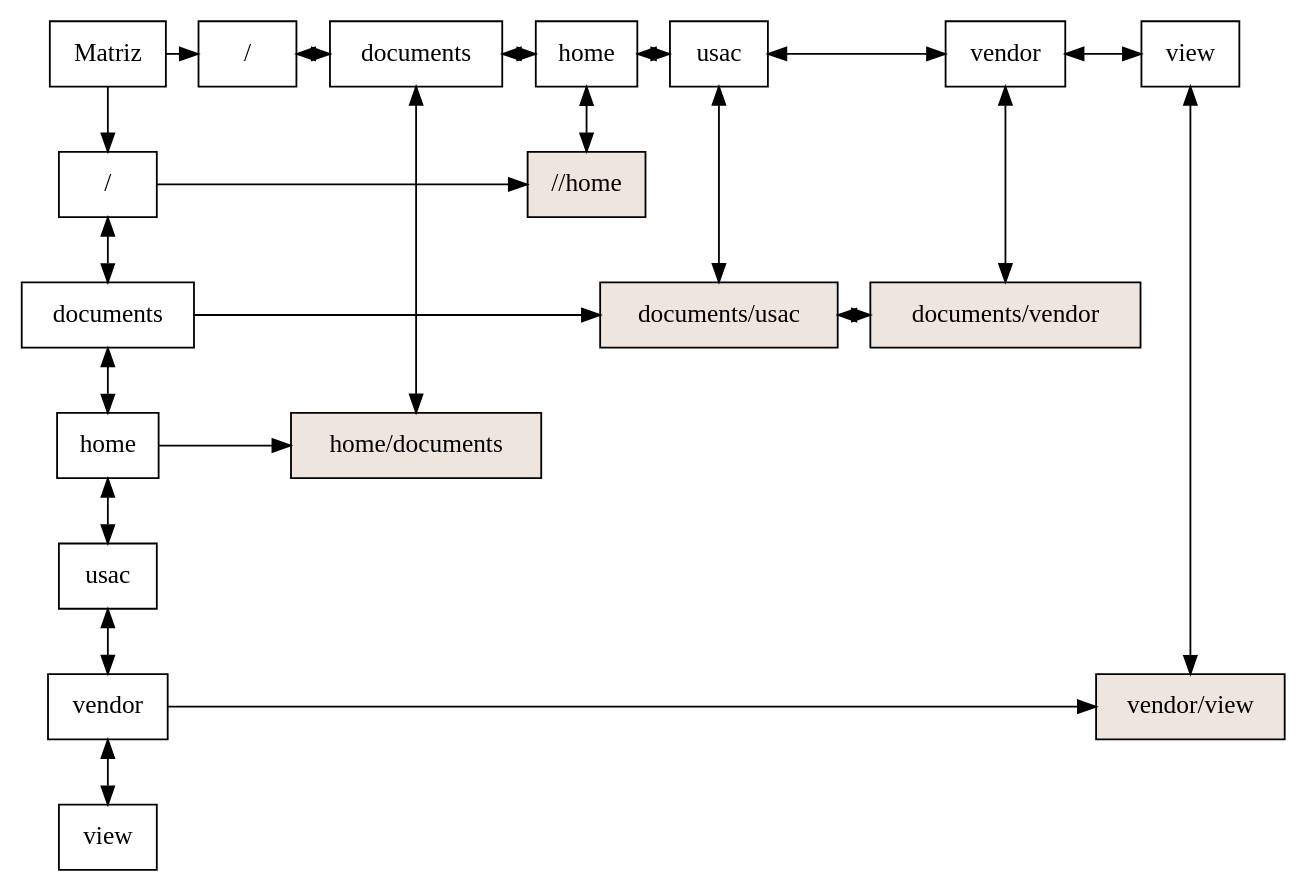
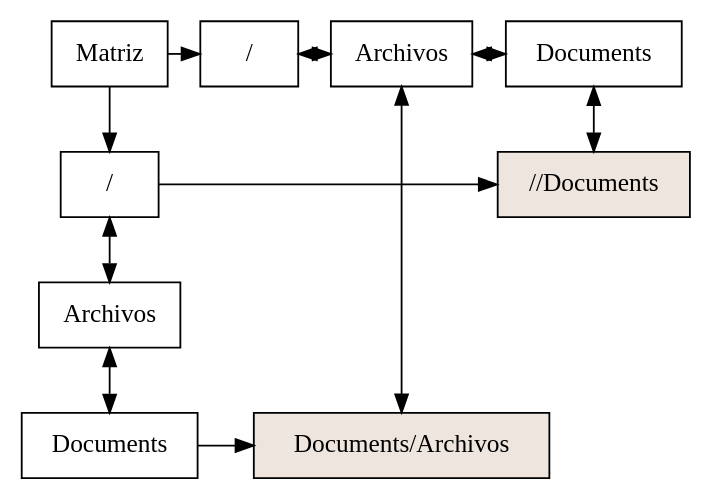
Before and after one commit to Eduardo01004/EDD_2S2019_PY2_201612124: the diagram in Proyecto2/Matriz.dot, drawn with Graphviz. The commit also changed 48 other files, not shown here.

```diff
--- a/Proyecto2/Matriz.dot
+++ b/Proyecto2/Matriz.dot
@@ -1,64 +1,33 @@
 digraph G{
 node [shape = box]
 raiz[label="Matriz"  group=1];
-239465106 [label="/" group = 1];
-267760927 [label="documents" group = 1];
-633070006 [label="home" group = 1];
-1459794865 [label="usac" group = 1];
-1776957250 [label="vendor" group = 1];
-1268066861 [label="view" group = 1];
-239465106->267760927[dir=both];
-267760927->633070006[dir=both];
-633070006->1459794865[dir=both];
-1459794865->1776957250[dir=both];
-1776957250->1268066861[dir=both];
-280884709 [label="/" group = 49];
-1604125387 [label="documents" group = 980];
-1668627309 [label="home" group = 427];
-1795799895 [label="usac" group = 430];
-1698097425 [label="vendor" group = 656];
-1376400422 [label="view" group = 445];
-280884709->1604125387[dir=both];
-1604125387->1668627309[dir=both];
-1668627309->1795799895[dir=both];
-1795799895->1698097425[dir=both];
-1698097425->1376400422[dir=both];
-raiz ->239465106
-raiz ->280884709
+1444867196 [label="/" group = 1];
+1963497506 [label="Archivos" group = 1];
+1196078410 [label="Documents" group = 1];
+1444867196->1963497506[dir=both];
+1963497506->1196078410[dir=both];
+1624311792 [label="/" group = 49];
+1160409315 [label="Archivos" group = 833];
+1762794124 [label="Documents" group = 948];
+1624311792->1160409315[dir=both];
+1160409315->1762794124[dir=both];
+raiz ->1444867196
+raiz ->1624311792
 { rank  = same; raiz 
-280884709;
-1604125387;
-1668627309;
-1795799895;
-1698097425;
-1376400422;
+1624311792;
+1160409315;
+1762794124;
 }
-488044861 [style=filled,fillcolor=seashell2,label= "home/documents" group = 980 ];
-990398217 [style=filled,fillcolor=seashell2,label= "//home" group = 427 ];
-841283083 [style=filled,fillcolor=seashell2,label= "documents/usac" group = 430 ];
-1675763772 [style=filled,fillcolor=seashell2,label= "documents/vendor" group = 656 ];
-520016214 [style=filled,fillcolor=seashell2,label= "vendor/view" group = 445 ];
-239465106->990398217
-{ rank = same; 239465106;
-990398217;
+1910749462 [style=filled,fillcolor=seashell2,label= "Documents/Archivos" group = 833 ];
+532229038 [style=filled,fillcolor=seashell2,label= "//Documents" group = 948 ];
+1444867196->532229038
+{ rank = same; 1444867196;
+532229038;
 }
-267760927->841283083
-841283083->1675763772[dir=both];
-{ rank = same; 267760927;
-841283083;
-1675763772;
+1196078410->1910749462
+{ rank = same; 1196078410;
+1910749462;
 }
-633070006->488044861
-{ rank = same; 633070006;
-488044861;
+1160409315->1910749462[dir=both];
+1762794124->532229038[dir=both];
 }
-1776957250->520016214
-{ rank = same; 1776957250;
-520016214;
-}
-1604125387->488044861[dir=both];
-1668627309->990398217[dir=both];
-1795799895->841283083[dir=both];
-1698097425->1675763772[dir=both];
-1376400422->520016214[dir=both];
-}
```
